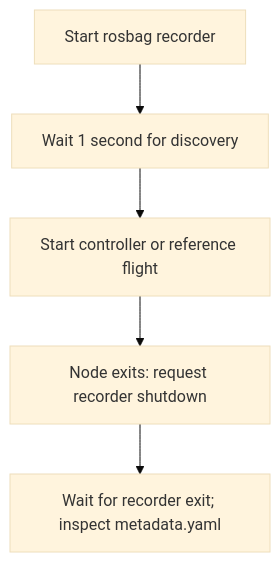
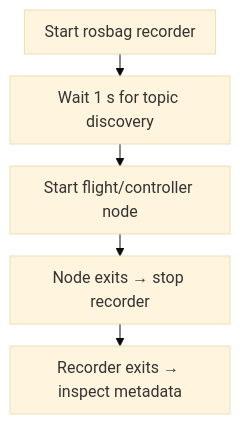
The diagram in docs/workflows/recording.md (ANCL/px4-dev-toolkit), drawn with Mermaid (base theme) before and after one commit. The commit also changed other lines of this file and 41 other files, not shown here.

Commit message:
docs: refine typography, diagrams, and editorial presentation

````diff
--- a/docs/workflows/recording.md
+++ b/docs/workflows/recording.md
@@ -10,7 +10,16 @@
 ```mermaid
+---
+config:
+  flowchart:
+    useMaxWidth: false
+    wrappingWidth: 180
+    padding: 10
+    rankSpacing: 22
+    nodeSpacing: 24
+---
 flowchart TB
-    R[Start rosbag recorder] --> D[Wait 1 second for discovery]
-    D --> C[Start controller or reference flight]
-    C --> E[Node exits: request recorder shutdown]
-    E --> F[Wait for recorder exit; inspect metadata.yaml]
+    R["Start rosbag recorder"] --> D["Wait 1 s for topic discovery"]
+    D --> C["Start flight/controller node"]
+    C --> E["Node exits → stop recorder"]
+    E --> F["Recorder exits → inspect metadata"]
 ```
````
